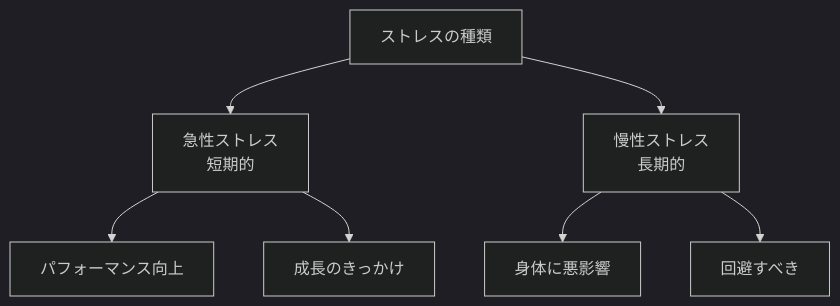
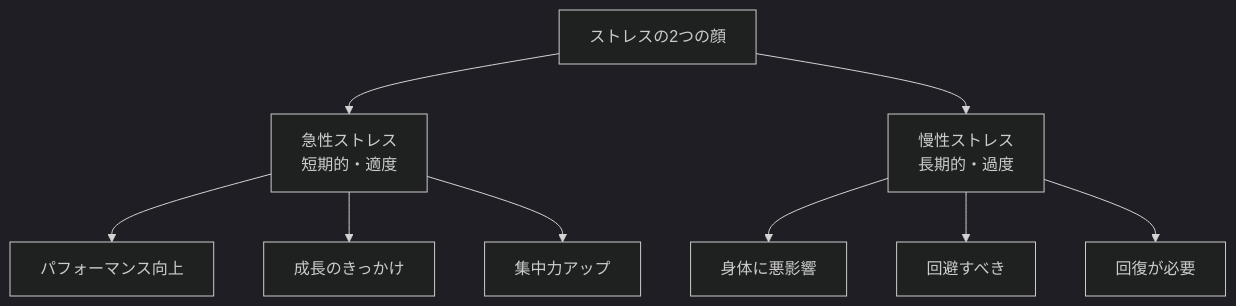
One commit to tndg16-bot/portfolio-site changed the first of 5 diagrams in content/blog/281-stress-growth-mindset-challenge.md. Above: the diagram before and after it, drawn with Mermaid (dark theme). The commit also changed other lines of this file and 19 other files, not shown here.

````diff
--- a/content/blog/281-stress-growth-mindset-challenge.md
+++ b/content/blog/281-stress-growth-mindset-challenge.md
@@ -36,12 +33,14 @@
 ```mermaid
 graph TD
-    A[ストレスの種類]
+    A[ストレスの2つの顔]
     
-    A --> B[急性ストレス<br/>短期的]
+    A --> B[急性ストレス<br/>短期的・適度]
     B --> B1[パフォーマンス向上]
     B --> B2[成長のきっかけ]
+    B --> B3[集中力アップ]
     
-    A --> C[慢性ストレス<br/>長期的]
+    A --> C[慢性ストレス<br/>長期的・過度]
     C --> C1[身体に悪影響]
     C --> C2[回避すべき]
+    C --> C3[回復が必要]
 ```
````
